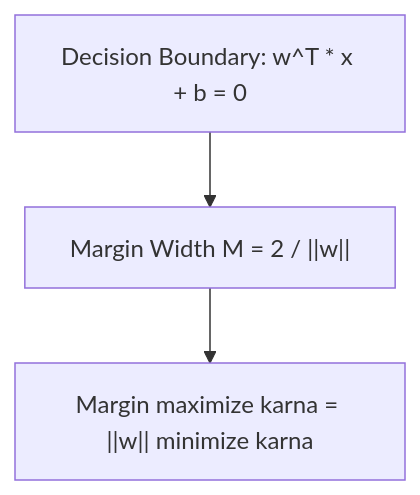
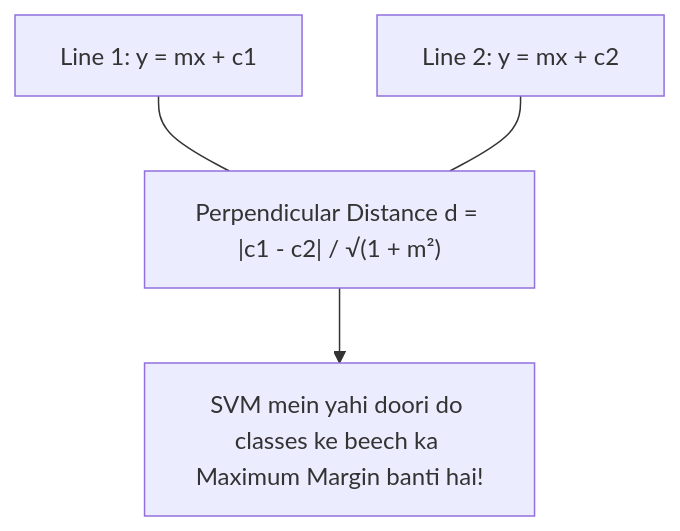
Before and after one commit to S1h2i3v4a/AI_ML: the diagram in lecture_21/Notes_21.05/README_HINGLISH.md, drawn with Mermaid. The commit also changed other lines of this file and 203 other files, not shown here.

Commit message:
docs(lectures 19-21): align notes with video lectures, add blackboard diagrams, clean structured functions, and compile vector PDFs

````diff
--- a/lecture_21/Notes_21.05/README_HINGLISH.md
+++ b/lecture_21/Notes_21.05/README_HINGLISH.md
@@ -15,5 +56,6 @@
 ```mermaid
 flowchart TD
-    A["Decision Boundary: w^T * x + b = 0"] --> B["Margin Width M = 2 / ||w||"]
-    B --> C["Margin maximize karna = ||w|| minimize karna"]
+    A["Line 1: y = mx + c1"] --- D["Perpendicular Distance d = |c1 - c2| / √(1 + m²)"]
+    B["Line 2: y = mx + c2"] --- D
+    D --> SVM["SVM mein yahi doori do classes ke beech ka Maximum Margin banti hai!"]
 ```
````
